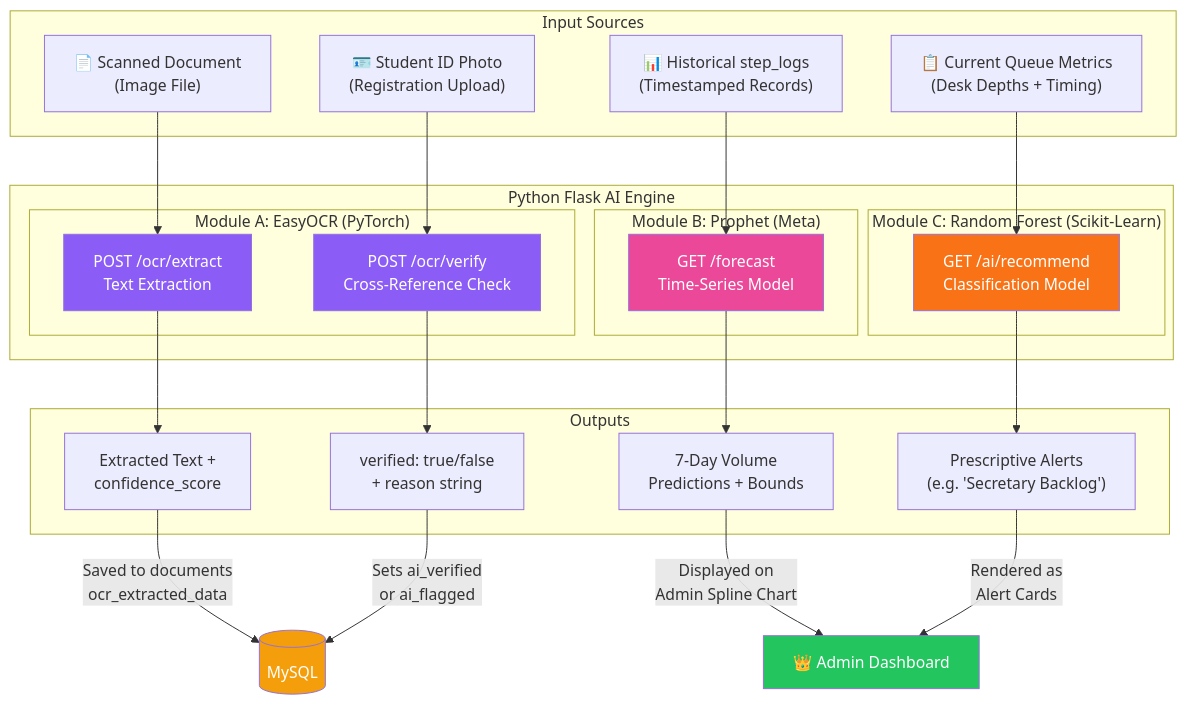
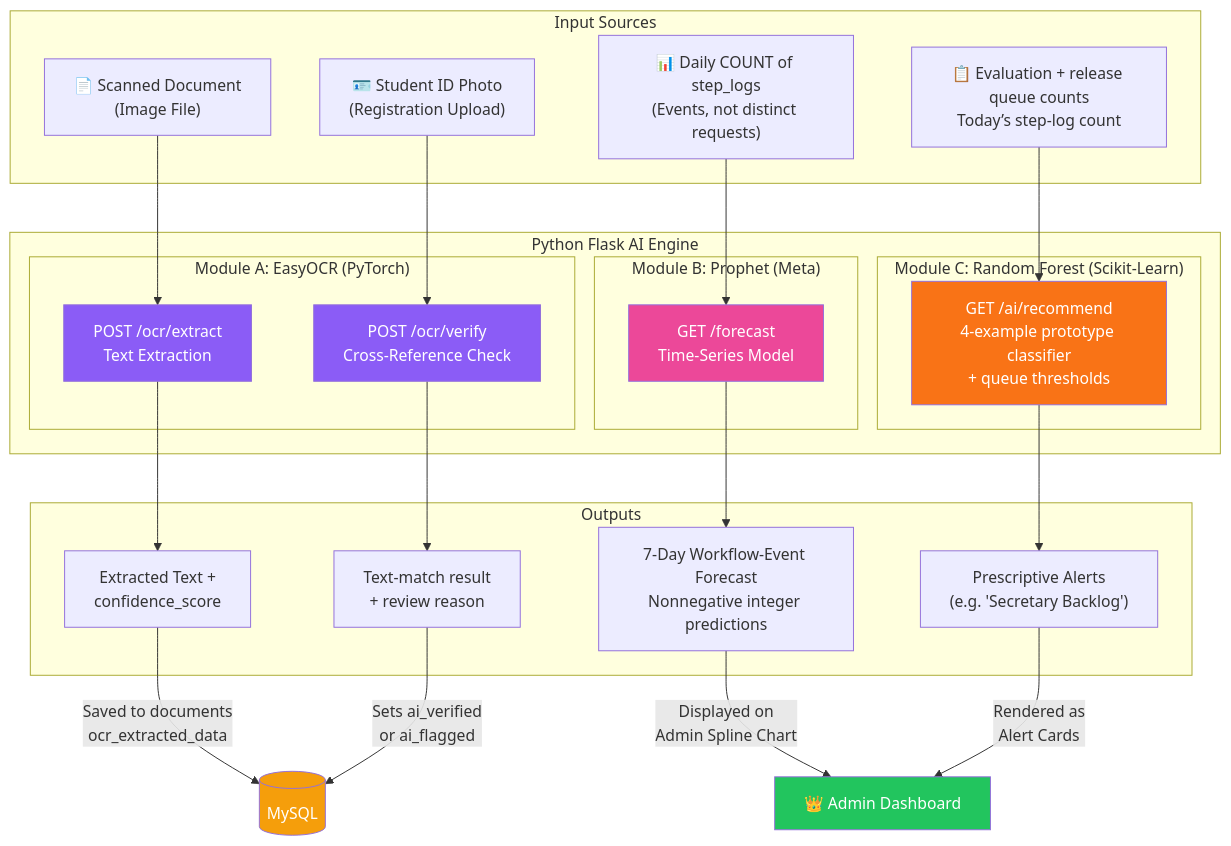
Before and after one commit to mafuyyuuu/Project-TRACE: the third of 5 diagrams in docs/CAPSTONE_DEFENSE_GUIDE.md, drawn with Mermaid. The commit also changed other lines of this file and 125 other files, not shown here.

````diff
--- a/docs/CAPSTONE_DEFENSE_GUIDE.md
+++ b/docs/CAPSTONE_DEFENSE_GUIDE.md
@@ -137,46 +146,46 @@
 ```mermaid
 flowchart TB
     subgraph "Input Sources"
         SCAN["📄 Scanned Document<br/>(Image File)"]
         IDPHOTO["🪪 Student ID Photo<br/>(Registration Upload)"]
-        STEPLOGS["📊 Historical step_logs<br/>(Timestamped Records)"]
-        QUEUES["📋 Current Queue Metrics<br/>(Desk Depths + Timing)"]
+        STEPLOGS["📊 Daily COUNT of step_logs<br/>(Events, not distinct requests)"]
+        QUEUES["📋 Evaluation + release queue counts<br/>Today’s step-log count"]
     end
 
     subgraph "Python Flask AI Engine"
         subgraph "Module A: EasyOCR (PyTorch)"
             OCR_EXTRACT["POST /ocr/extract<br/>Text Extraction"]
             OCR_VERIFY["POST /ocr/verify<br/>Cross-Reference Check"]
         end
         subgraph "Module B: Prophet (Meta)"
             PROPHET["GET /forecast<br/>Time-Series Model"]
         end
         subgraph "Module C: Random Forest (Scikit-Learn)"
-            RF["GET /ai/recommend<br/>Classification Model"]
+            RF["GET /ai/recommend<br/>4-example prototype classifier<br/>+ queue thresholds"]
         end
     end
 
     subgraph "Outputs"
         EXTRACTED["Extracted Text +<br/>confidence_score"]
-        VERIFIED["verified: true/false<br/>+ reason string"]
-        FORECAST_OUT["7-Day Volume<br/>Predictions + Bounds"]
+        VERIFIED["Text-match result<br/>+ review reason"]
+        FORECAST_OUT["7-Day Workflow-Event Forecast<br/>Nonnegative integer predictions"]
         ALERTS["Prescriptive Alerts<br/>(e.g. 'Secretary Backlog')"]
     end
 
     SCAN --> OCR_EXTRACT --> EXTRACTED
     IDPHOTO --> OCR_VERIFY --> VERIFIED
     STEPLOGS --> PROPHET --> FORECAST_OUT
     QUEUES --> RF --> ALERTS
 
     EXTRACTED -->|"Saved to documents<br/>ocr_extracted_data"| DB[("MySQL")]
     VERIFIED -->|"Sets ai_verified<br/>or ai_flagged"| DB
     FORECAST_OUT -->|"Displayed on<br/>Admin Spline Chart"| ADMIN["👑 Admin Dashboard"]
     ALERTS -->|"Rendered as<br/>Alert Cards"| ADMIN
 
     style OCR_EXTRACT fill:#8b5cf6,color:#fff
     style OCR_VERIFY fill:#8b5cf6,color:#fff
     style PROPHET fill:#ec4899,color:#fff
     style RF fill:#f97316,color:#fff
     style DB fill:#f59e0b,color:#fff
     style ADMIN fill:#22c55e,color:#fff
 ```
````
